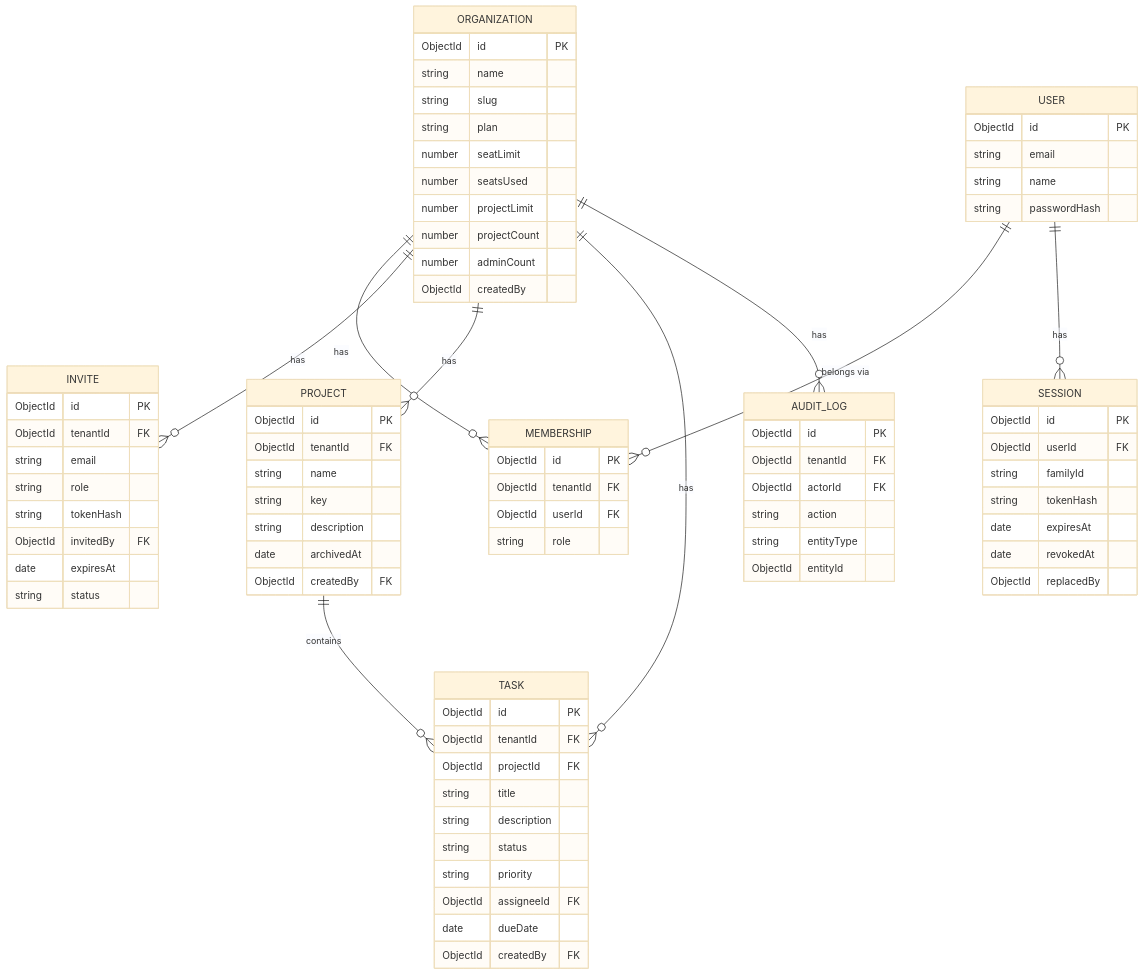
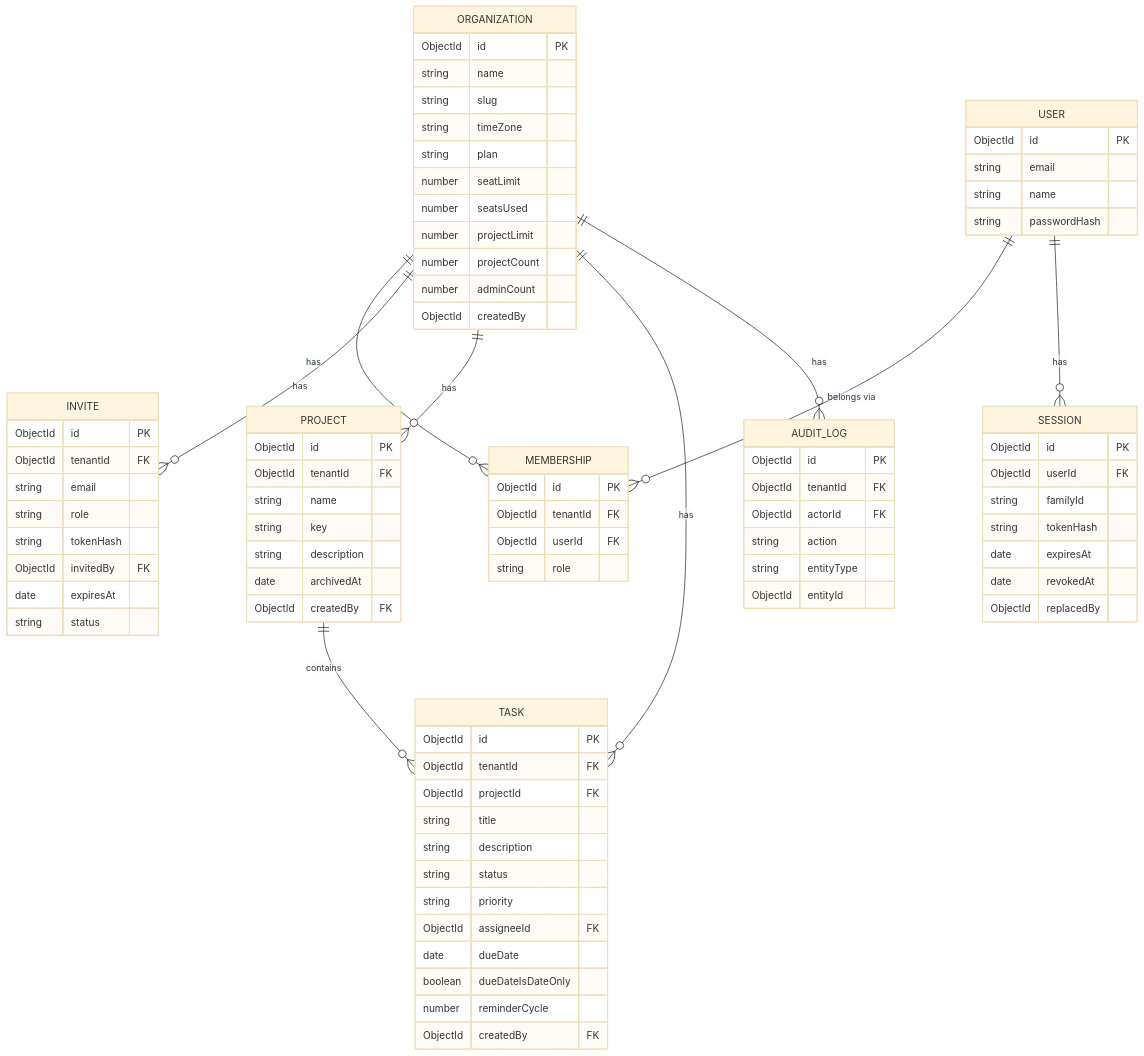
Before and after one commit to sprahasingh/WorkNest: the diagram in docs/data-model.mmd, drawn with Mermaid (base theme). The commit also changed 27 other files, not shown here.

```diff
--- a/docs/data-model.mmd
+++ b/docs/data-model.mmd
@@ -1,82 +1,85 @@
 erDiagram
     ORGANIZATION ||--o{ MEMBERSHIP : "has"
     ORGANIZATION ||--o{ INVITE : "has"
     ORGANIZATION ||--o{ PROJECT : "has"
     ORGANIZATION ||--o{ TASK : "has"
     ORGANIZATION ||--o{ AUDIT_LOG : "has"
     USER ||--o{ MEMBERSHIP : "belongs via"
     USER ||--o{ SESSION : "has"
     PROJECT ||--o{ TASK : "contains"
 
     ORGANIZATION {
         ObjectId id PK
         string name
         string slug
+        string timeZone
         string plan
         number seatLimit
         number seatsUsed
         number projectLimit
         number projectCount
         number adminCount
         ObjectId createdBy
     }
     USER {
         ObjectId id PK
         string email
         string name
         string passwordHash
     }
     SESSION {
         ObjectId id PK
         ObjectId userId FK
         string familyId
         string tokenHash
         date expiresAt
         date revokedAt
         ObjectId replacedBy
     }
     MEMBERSHIP {
         ObjectId id PK
         ObjectId tenantId FK
         ObjectId userId FK
         string role
     }
     INVITE {
         ObjectId id PK
         ObjectId tenantId FK
         string email
         string role
         string tokenHash
         ObjectId invitedBy FK
         date expiresAt
         string status
     }
     PROJECT {
         ObjectId id PK
         ObjectId tenantId FK
         string name
         string key
         string description
         date archivedAt
         ObjectId createdBy FK
     }
     TASK {
         ObjectId id PK
         ObjectId tenantId FK
         ObjectId projectId FK
         string title
         string description
         string status
         string priority
         ObjectId assigneeId FK
         date dueDate
+        boolean dueDateIsDateOnly
+        number reminderCycle
         ObjectId createdBy FK
     }
     AUDIT_LOG {
         ObjectId id PK
         ObjectId tenantId FK
         ObjectId actorId FK
         string action
         string entityType
         ObjectId entityId
     }
```
